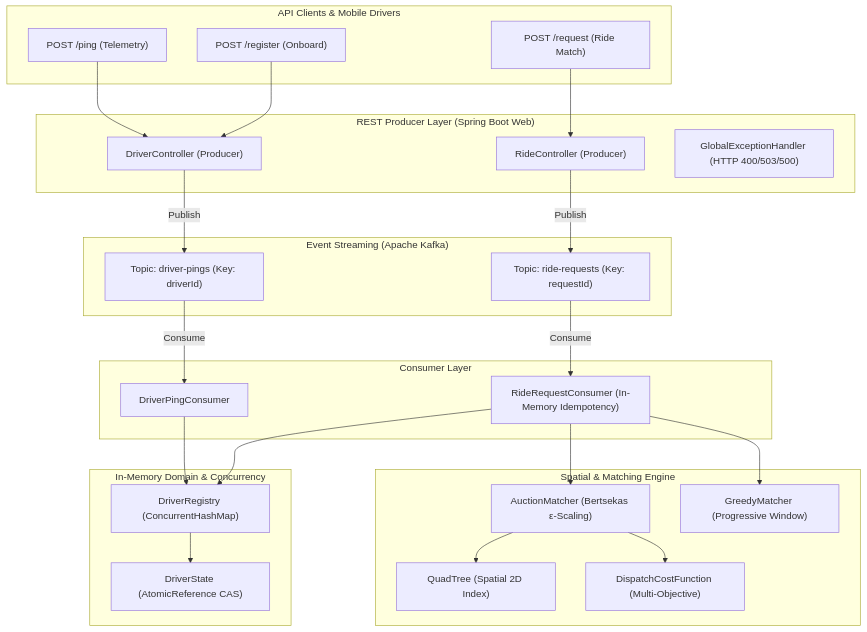
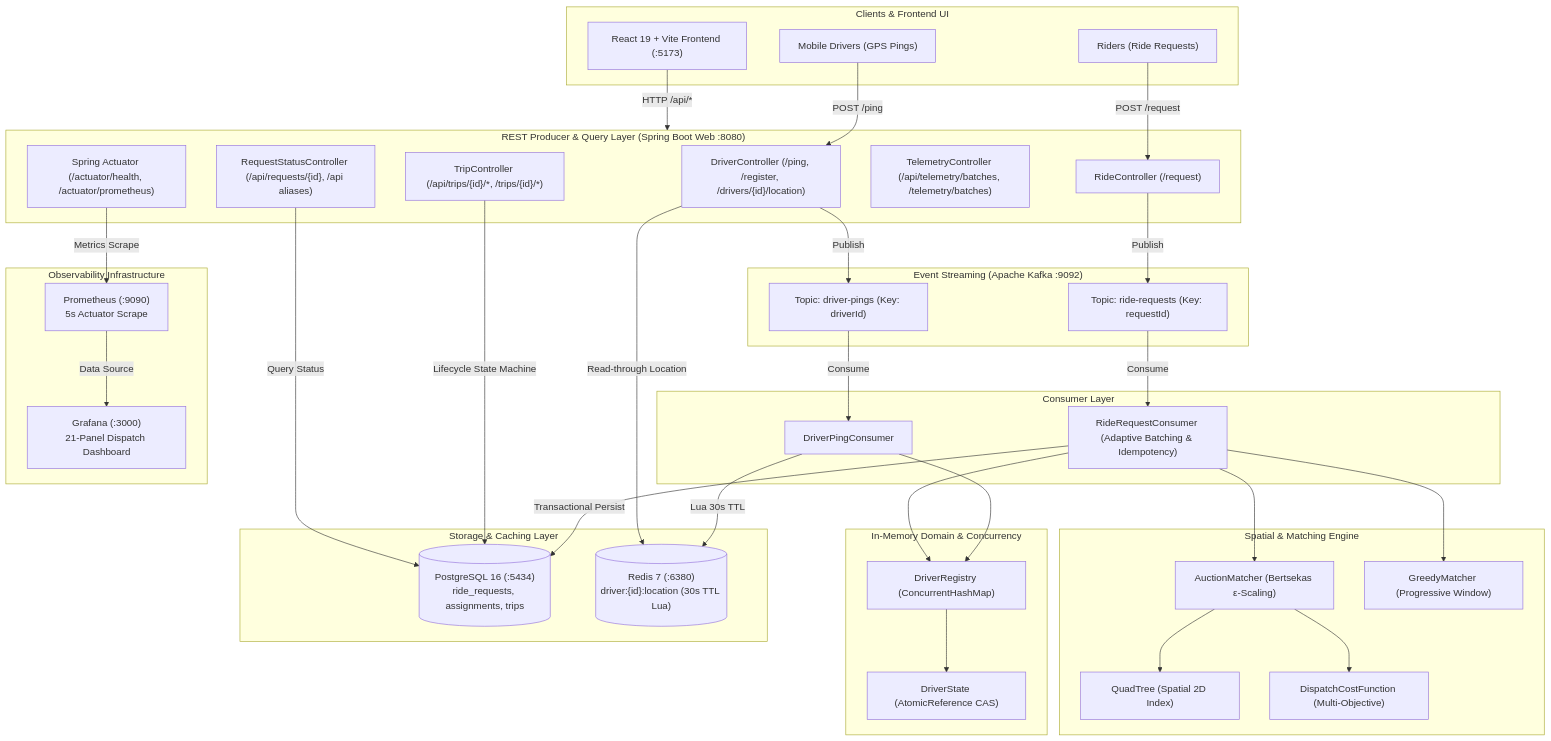
The diagram in README.md (AagoshRajSri/Rendezvous), drawn with Mermaid before and after one commit. The commit also changed other lines of this file and 2 other files, not shown here.

````diff
--- a/README.md
+++ b/README.md
@@ -17,51 +18,71 @@
 ```mermaid
 graph TD
-    subgraph Clients["API Clients & Mobile Drivers"]
-        Ping["POST /ping (Telemetry)"]
-        Reg["POST /register (Onboard)"]
-        Req["POST /request (Ride Match)"]
+    subgraph Clients["Clients & Frontend UI"]
+        UI["React 19 + Vite Frontend (:5173)"]
+        Drivers["Mobile Drivers (GPS Pings)"]
+        Riders["Riders (Ride Requests)"]
     end
 
-    subgraph API["REST Producer Layer (Spring Boot Web)"]
-        DC["DriverController (Producer)"]
-        RC["RideController (Producer)"]
-        GEH["GlobalExceptionHandler (HTTP 400/503/500)"]
+    subgraph API["REST Producer & Query Layer (Spring Boot Web :8080)"]
+        DC["DriverController (/ping, /register, /drivers/{id}/location)"]
+        RC["RideController (/request)"]
+        RSC["RequestStatusController (/api/requests/{id}, /api aliases)"]
+        TC["TripController (/api/trips/{id}/*, /trips/{id}/*)"]
+        TEL["TelemetryController (/api/telemetry/batches, /telemetry/batches)"]
+        ACT["Spring Actuator (/actuator/health, /actuator/prometheus)"]
     end
 
-    subgraph Kafka["Event Streaming (Apache Kafka)"]
+    subgraph Kafka["Event Streaming (Apache Kafka :9092)"]
         TP1["Topic: driver-pings (Key: driverId)"]
         TP2["Topic: ride-requests (Key: requestId)"]
     end
 
     subgraph Messaging["Consumer Layer"]
         DPC["DriverPingConsumer"]
-        RRC["RideRequestConsumer (In-Memory Idempotency)"]
+        RRC["RideRequestConsumer (Adaptive Batching & Idempotency)"]
     end
 
     subgraph Domain["In-Memory Domain & Concurrency"]
         DR["DriverRegistry (ConcurrentHashMap)"]
         DS["DriverState (AtomicReference CAS)"]
     end
 
     subgraph Matching["Spatial & Matching Engine"]
         QT["QuadTree (Spatial 2D Index)"]
         CF["DispatchCostFunction (Multi-Objective)"]
         AM["AuctionMatcher (Bertsekas ε-Scaling)"]
         GM["GreedyMatcher (Progressive Window)"]
     end
 
-    Ping --> DC
-    Reg --> DC
-    Req --> RC
+    subgraph Storage["Storage & Caching Layer"]
+        PG[("PostgreSQL 16 (:5434)<br/>ride_requests, assignments, trips")]
+        RD[("Redis 7 (:6380)<br/>driver:{id}:location (30s TTL Lua)")]
+    end
+
+    subgraph Observability["Observability Infrastructure"]
+        PROM["Prometheus (:9090)<br/>5s Actuator Scrape"]
+        GRAF["Grafana (:3000)<br/>21-Panel Dispatch Dashboard"]
+    end
+
+    UI -->|HTTP /api/*| API
+    Drivers -->|POST /ping| DC
+    Riders -->|POST /request| RC
     DC -->|Publish| TP1
     RC -->|Publish| TP2
     TP1 -->|Consume| DPC
     TP2 -->|Consume| RRC
     DPC --> DR
+    DPC -->|Lua 30s TTL| RD
     DR --> DS
     RRC --> DR
     RRC --> AM
     RRC --> GM
     AM --> QT
     AM --> CF
+    RRC -->|Transactional Persist| PG
+    TC -->|Lifecycle State Machine| PG
+    RSC -->|Query Status| PG
+    DC -->|Read-through Location| RD
+    ACT -->|Metrics Scrape| PROM
+    PROM -->|Data Source| GRAF
 ```
````
